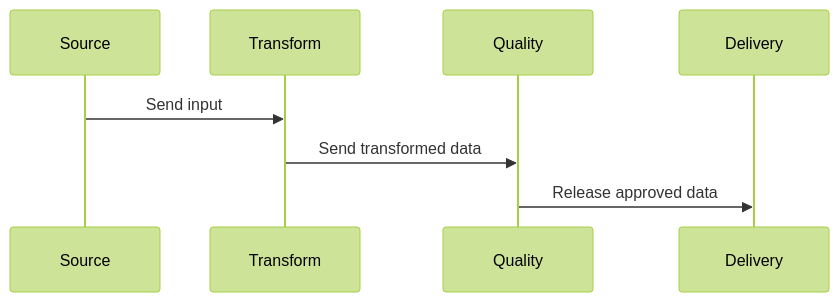
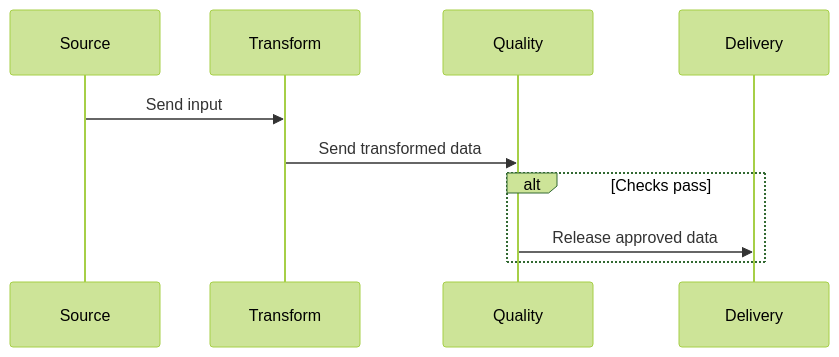
Before and after one commit to mols3131d/mols-agent-assets: the fifth of 6 diagrams in src/rulesync/.rulesync/skills/mols-mermaid-diagram/references/examples/sequence-diagram.md, drawn with Mermaid (forest theme). The commit also changed other lines of this file, not shown here.

Commit message:
fix(mermaid): sequence 요약 조건 보존

````diff
--- a/src/rulesync/.rulesync/skills/mols-mermaid-diagram/references/examples/sequence-diagram.md
+++ b/src/rulesync/.rulesync/skills/mols-mermaid-diagram/references/examples/sequence-diagram.md
@@ -97,11 +97,13 @@
 ```mermaid
 sequenceDiagram
     participant Source
     participant Transform
     participant Quality
     participant Delivery
 
     Source->>Transform: Send input
     Transform->>Quality: Send transformed data
-    Quality->>Delivery: Release approved data
+    alt Checks pass
+        Quality->>Delivery: Release approved data
+    end
 ```
````
